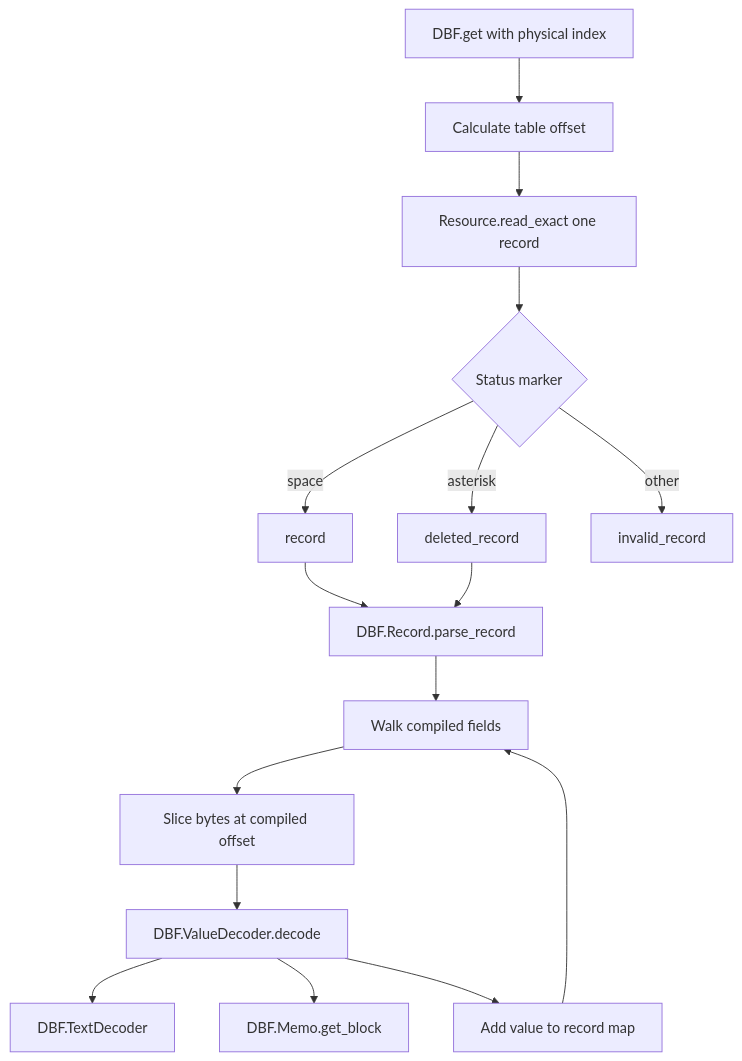
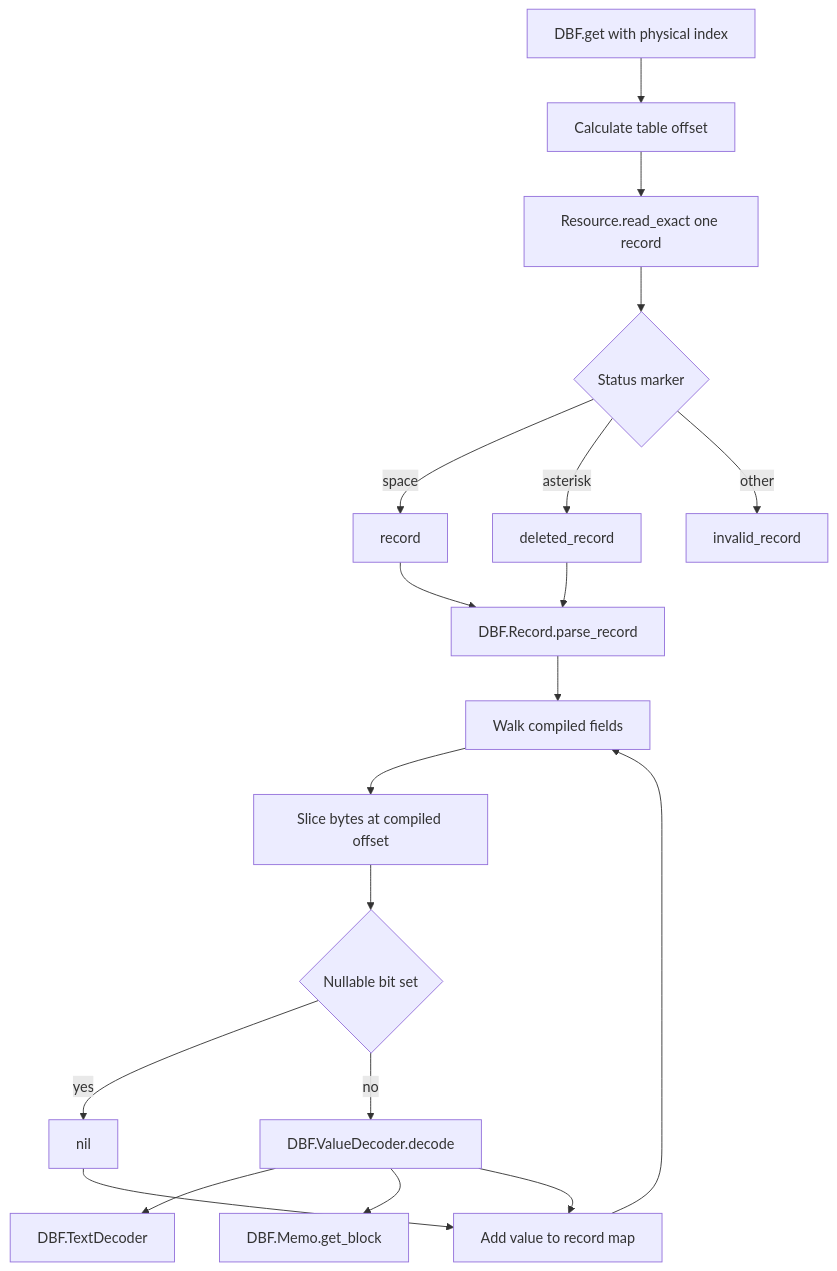
Before and after one commit to JonGretar/DBFex: the third of 3 diagrams in docs/Architecture.md, drawn with Mermaid. The commit also changed other lines of this file and 18 other files, not shown here.

````diff
--- a/docs/Architecture.md
+++ b/docs/Architecture.md
@@ -330,18 +342,21 @@
 ```mermaid
 flowchart TD
     Get[DBF.get with physical index] --> Offset[Calculate table offset]
     Offset --> Read[Resource.read_exact one record]
     Read --> Marker{Status marker}
     Marker -->|space| Active[record]
     Marker -->|asterisk| Deleted[deleted_record]
     Marker -->|other| MarkerError[invalid_record]
     Active --> Parse[DBF.Record.parse_record]
     Deleted --> Parse
     Parse --> Fields[Walk compiled fields]
     Fields --> Slice[Slice bytes at compiled offset]
-    Slice --> Decode[DBF.ValueDecoder.decode]
+    Slice --> Null{Nullable bit set}
+    Null -->|yes| NullValue[nil]
+    Null -->|no| Decode[DBF.ValueDecoder.decode]
     Decode --> Text[DBF.TextDecoder]
     Decode --> Memo[DBF.Memo.get_block]
     Decode --> Result[Add value to record map]
+    NullValue --> Result
     Result --> Fields
 ```
````
